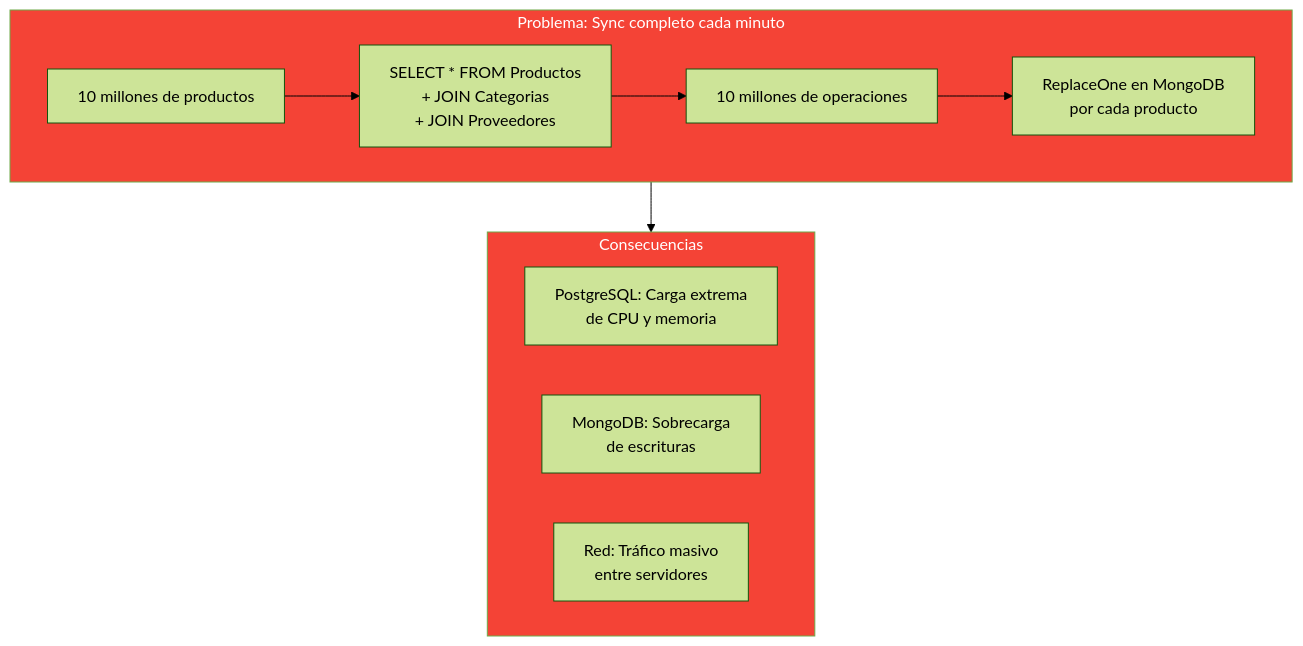
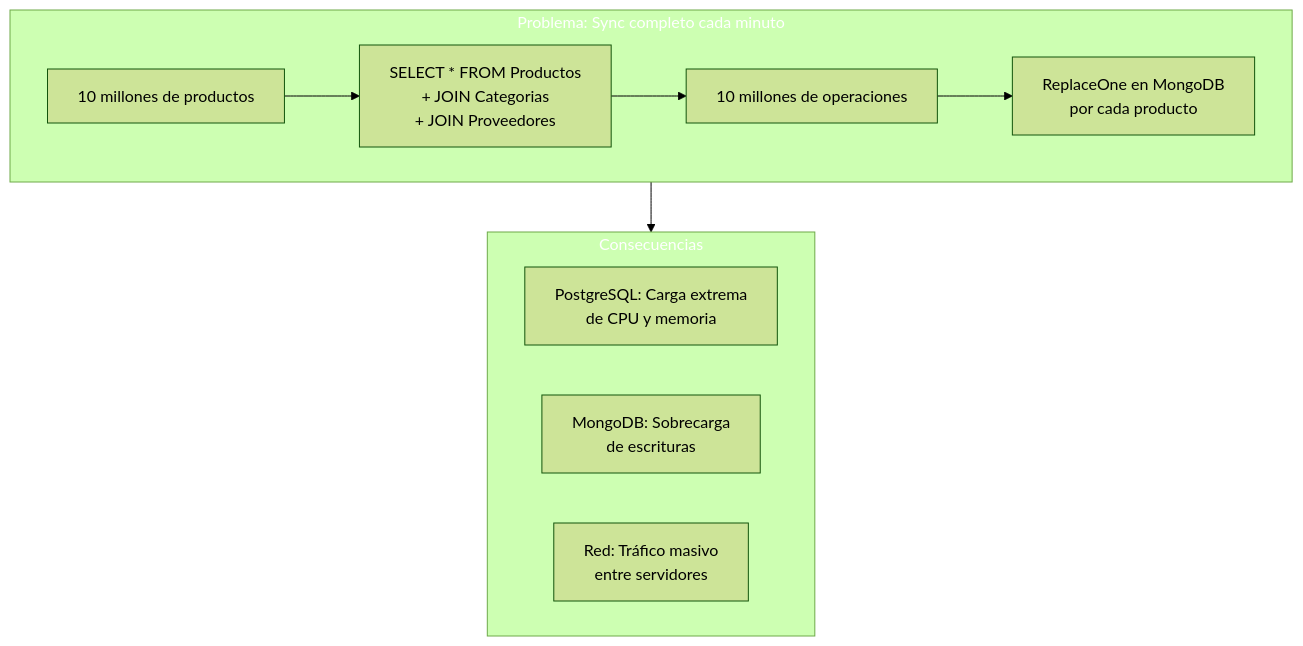
Diagram 13 of 24 in 30-cqrs-mediator.md (joseluisgs/DesarrolloWebEntornosServidor-02-2026-2027), drawn with Mermaid (forest theme) before and after one commit. The commit also changed other lines of this file and 41 other files, not shown here.

````diff
--- a/30-cqrs-mediator.md
+++ b/30-cqrs-mediator.md
@@ -900,19 +900,19 @@
 ```mermaid
 flowchart TD
     subgraph PROBLEMA["Problema: Sync completo cada minuto"]
         A["10 millones de productos"] --> B["SELECT * FROM Productos\n+ JOIN Categorias\n+ JOIN Proveedores"]
         B --> C["10 millones de operaciones"]
         C --> D["ReplaceOne en MongoDB\npor cada producto"]
     end
 
     subgraph CONSECUENCIAS["Consecuencias"]
         E["PostgreSQL: Carga extrema\nde CPU y memoria"]
         F["MongoDB: Sobrecarga\nde escrituras"]
         G["Red: Tráfico masivo\nentre servidores"]
     end
 
     PROBLEMA --> CONSECUENCIAS
 
-    style PROBLEMA fill:#f44336,color:#fff
-    style CONSECUENCIAS fill:#f44336,color:#fff
+    style PROBLEMA fill:#f4433,color:#fff6,color:#fff
+    style CONSECUENCIAS fill:#f4433,color:#fff6,color:#fff
 ```
````
